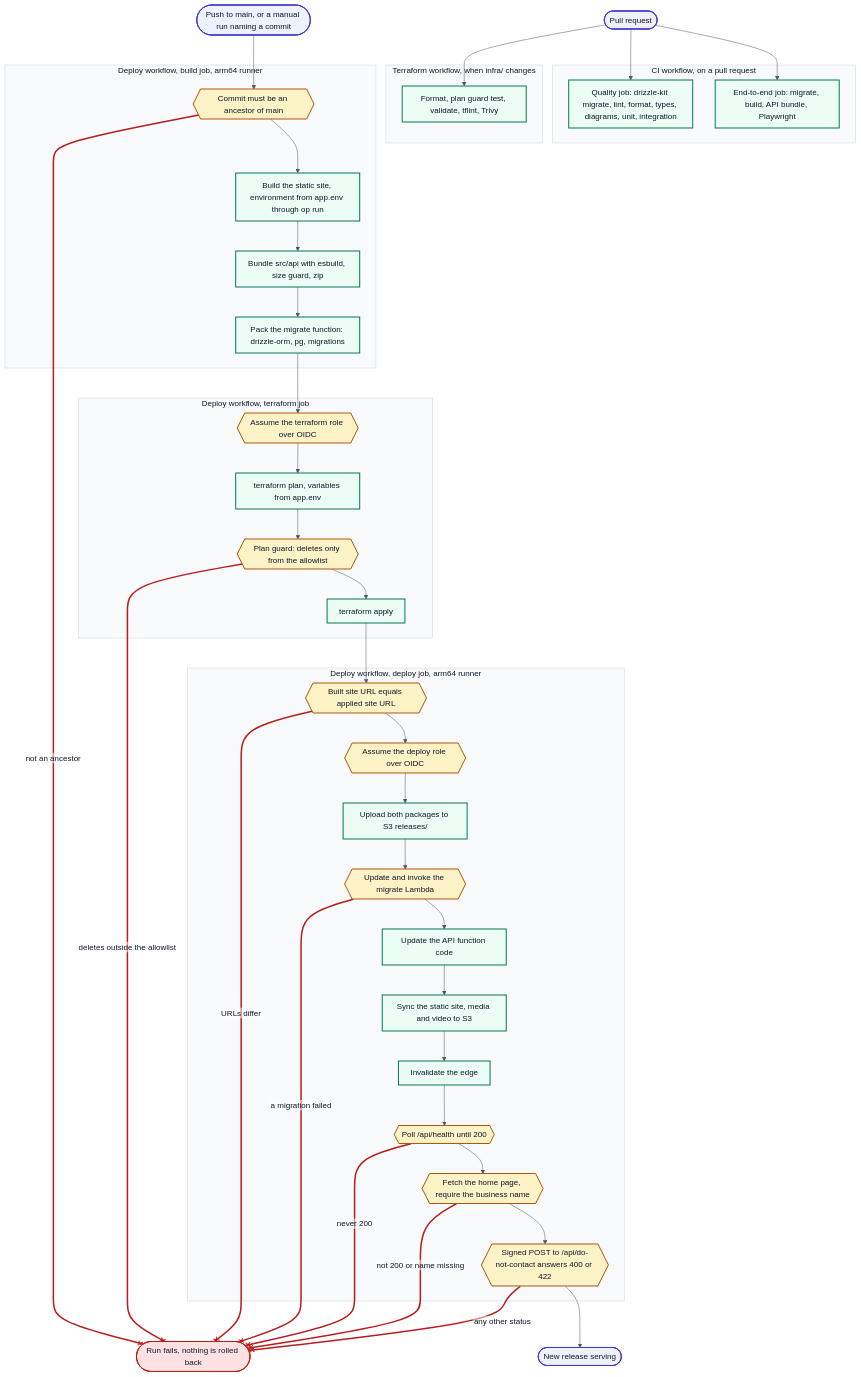
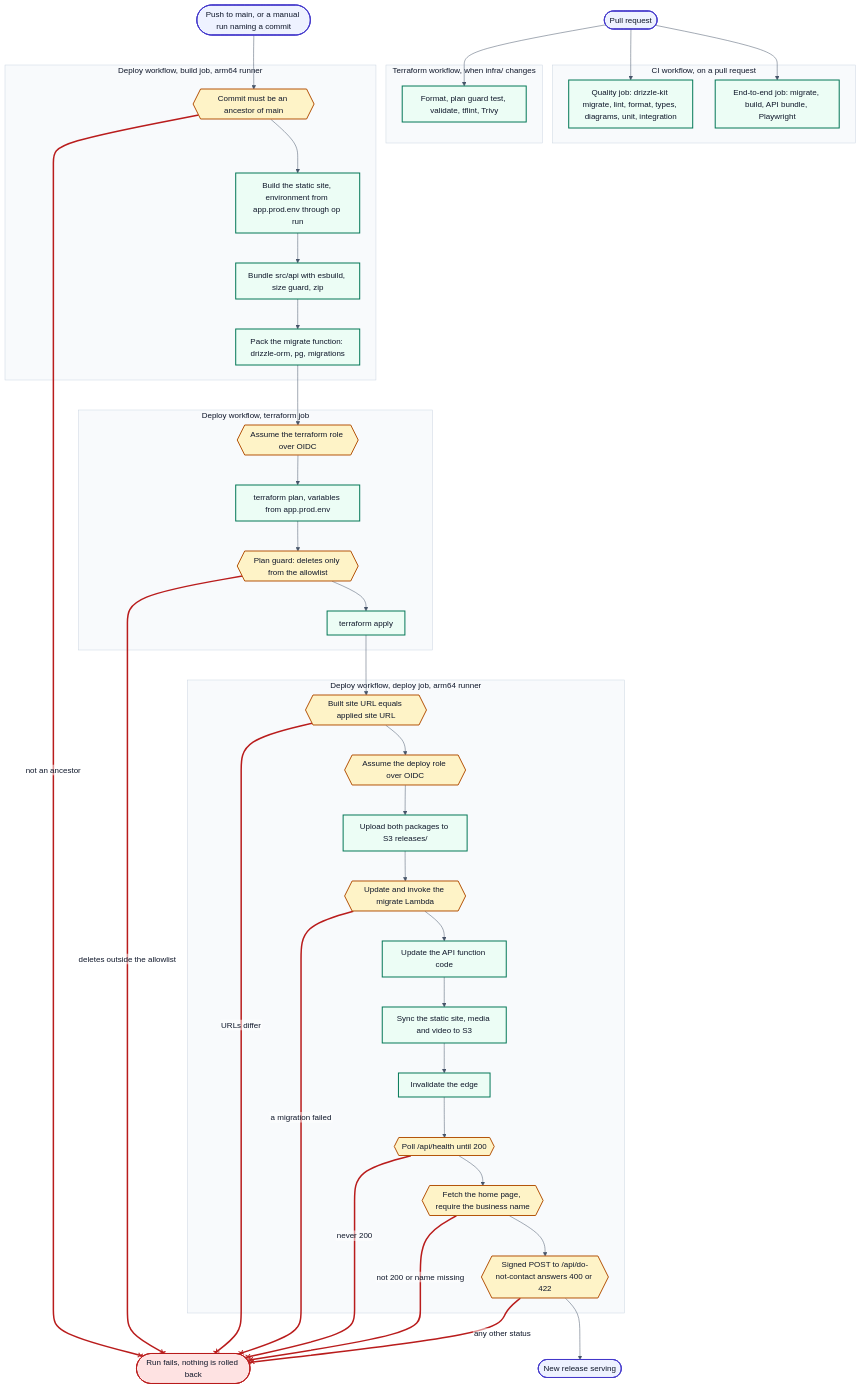
One commit to marc-mccarthy/legacy-benefits-mn changed the diagram in docs/diagrams/D7-pipeline.mmd. Above: the diagram before and after it, drawn with Mermaid. The commit also changed 18 other files, not shown here.

Commit message:
refactor(env): app.prod.env and per-environment 1Password items

```diff
--- a/docs/diagrams/D7-pipeline.mmd
+++ b/docs/diagrams/D7-pipeline.mmd
@@ -1,118 +1,118 @@
 %%{init: {"theme":"base","themeVariables":{"fontFamily":"Helvetica Neue, Helvetica, Arial, sans-serif","fontSize":"16px","textColor":"#0F172A","background":"#FFFFFF","lineColor":"#475569","mainBkg":"#EFF6FF","nodeBorder":"#1D4ED8","primaryColor":"#EFF6FF","primaryBorderColor":"#1D4ED8","primaryTextColor":"#0F172A","secondaryColor":"#F1F5F9","secondaryBorderColor":"#475569","secondaryTextColor":"#0F172A","tertiaryColor":"#F8FAFC","tertiaryBorderColor":"#CBD5E1","tertiaryTextColor":"#0F172A","clusterBkg":"#F8FAFC","clusterBorder":"#CBD5E1","edgeLabelBackground":"#FFFFFF","actorBkg":"#EEF2FF","actorBorder":"#4338CA","actorTextColor":"#0F172A","signalColor":"#475569","signalTextColor":"#0F172A","noteBkgColor":"#FEF3C7","noteBorderColor":"#B45309","noteTextColor":"#0F172A","activationBkgColor":"#ECFDF5","activationBorderColor":"#047857","labelBoxBkgColor":"#FEF3C7","labelBoxBorderColor":"#B45309","sequenceNumberColor":"#FFFFFF"},"flowchart":{"htmlLabels":false,"curve":"basis","nodeSpacing":45,"rankSpacing":60,"padding":12},"sequence":{"useMaxWidth":false,"htmlLabels":false,"mirrorActors":false,"wrap":true,"width":190}}}%%
 flowchart TB
 accTitle: What runs between a pull request, a merge to main and the new release serving
 accDescr {
   Two things happen at different times. On a pull request the CI workflow runs two
   jobs, each against a throwaway Postgres 17 service. Quality applies the migrations
   with drizzle-kit migrate and then lints, checks formatting, type checks, checks
-  that the diagrams match their sources, tests the app.env guard script and runs the
+  that the diagrams match their sources, tests the app.prod.env guard script and runs the
   unit tests with coverage and the integration tests. The end-to-end job applies the
   migrations, builds the site and the API bundle and runs the Playwright suite, which
   includes the accessibility and compliance specs. When a pull request touches
   infra/, the Terraform workflow also checks formatting, runs the plan guard test,
   validates the stack without a backend, runs tflint and scans for misconfiguration
   with Trivy. A push to main, or a manual run naming a commit, starts the deploy
   workflow, which does not wait for those checks and does not repeat them. Its build
   job runs on an arm64 runner, matching the Lambda architecture. It refuses a commit
   that is not an ancestor of main, builds the static site with the environment read
-  from app.env through op run, bundles src/api with esbuild into the API package, and
+  from app.prod.env through op run, bundles src/api with esbuild into the API package, and
   packs a second package for the migrate function. The terraform job assumes a role
-  over OIDC rather than using stored keys, plans with the variables from app.env, and
+  over OIDC rather than using stored keys, plans with the variables from app.prod.env, and
   a plan guard fails the run if the plan deletes or replaces anything outside the
   allowlist; only then does it apply. The deploy job first checks that the site URL
   it built with equals the one Terraform applied, assumes a second OIDC role, and
   uploads both packages to the releases prefix of the assets bucket. It updates and
   invokes the migrate Lambda, which runs the drizzle migrator, and a migration
   failure stops the run before the API function is touched. It then updates the API
   function, syncs the static site, media and video to S3, and invalidates the edge.
   Last it polls the health route until it answers 200, fetches the home page and
   requires the business name in it, and sends a signed POST to the do-not-contact
   route that must be rejected with 400 or 422. Nothing is rolled back when a later
   step fails.
 }
 
 pr([Pull request])
 merge([Push to main, or a manual run naming a commit])
 
 subgraph ci ["CI workflow, on a pull request"]
   quality["Quality job: drizzle-kit migrate, lint, format, types, diagrams, unit, integration"]
   e2eJob["End-to-end job: migrate, build, API bundle, Playwright"]
 end
 
 subgraph tfPr ["Terraform workflow, when infra/ changes"]
   tfChecks["Format, plan guard test, validate, tflint, Trivy"]
 end
 
 subgraph build ["Deploy workflow, build job, arm64 runner"]
   ancestor{{"Commit must be an ancestor of main"}}
-  siteBuild["Build the static site, environment from app.env through op run"]
+  siteBuild["Build the static site, environment from app.prod.env through op run"]
   packApi["Bundle src/api with esbuild, size guard, zip"]
   packMigrate["Pack the migrate function: drizzle-orm, pg, migrations"]
 end
 
 subgraph tf ["Deploy workflow, terraform job"]
   oidcTf{{"Assume the terraform role over OIDC"}}
-  plan["terraform plan, variables from app.env"]
+  plan["terraform plan, variables from app.prod.env"]
   planGuard{{"Plan guard: deletes only from the allowlist"}}
   apply["terraform apply"]
 end
 
 subgraph rel ["Deploy workflow, deploy job, arm64 runner"]
   urlCheck{{"Built site URL equals applied site URL"}}
   oidcDeploy{{"Assume the deploy role over OIDC"}}
   upload["Upload both packages to S3 releases/"]
   migrateRun{{"Update and invoke the migrate Lambda"}}
   updateFn["Update the API function code"]
   syncSite["Sync the static site, media and video to S3"]
   invalidate["Invalidate the edge"]
   healthProbe{{"Poll /api/health until 200"}}
   pageProbe{{"Fetch the home page, require the business name"}}
   postProbe{{"Signed POST to /api/do-not-contact answers 400 or 422"}}
 end
 
 serving([New release serving])
 stop([Run fails, nothing is rolled back])
 
 pr --> quality
 pr --> e2eJob
 pr --> tfChecks
 merge --> ancestor
 ancestor --x|not an ancestor| stop
 ancestor --> siteBuild
 siteBuild --> packApi
 packApi --> packMigrate
 packMigrate --> oidcTf
 oidcTf --> plan
 plan --> planGuard
 planGuard --x|deletes outside the allowlist| stop
 planGuard --> apply
 apply --> urlCheck
 urlCheck --x|URLs differ| stop
 urlCheck --> oidcDeploy
 oidcDeploy --> upload
 upload --> migrateRun
 migrateRun --x|a migration failed| stop
 migrateRun --> updateFn
 updateFn --> syncSite
 syncSite --> invalidate
 invalidate --> healthProbe
 healthProbe --x|never 200| stop
 healthProbe --> pageProbe
 pageProbe --x|not 200 or name missing| stop
 pageProbe --> postProbe
 postProbe --x|any other status| stop
 postProbe --> serving
 
 classDef human    fill:#EEF2FF,stroke:#4338CA,stroke-width:2px,color:#0F172A
 classDef client   fill:#EFF6FF,stroke:#1D4ED8,stroke-width:2px,color:#0F172A
 classDef ours     fill:#ECFDF5,stroke:#047857,stroke-width:2px,color:#0F172A
 classDef guard    fill:#FEF3C7,stroke:#B45309,stroke-width:2px,color:#0F172A
 classDef vendor   fill:#F1F5F9,stroke:#475569,stroke-width:2px,color:#0F172A
 classDef phi      fill:#FEE2E2,stroke:#B91C1C,stroke-width:2px,color:#0F172A
 classDef artifact fill:#F5F3FF,stroke:#6D28D9,stroke-width:2px,color:#0F172A
 
 class pr,merge,serving human
 class stop phi
 class quality,e2eJob,tfChecks,siteBuild,packApi,packMigrate,plan,apply,upload,updateFn,syncSite,invalidate ours
 class ancestor,oidcTf,planGuard,urlCheck,oidcDeploy,migrateRun,healthProbe,pageProbe,postProbe guard
 linkStyle 4,11,14,18,23,25,27 stroke:#B91C1C,stroke-width:3px
```
